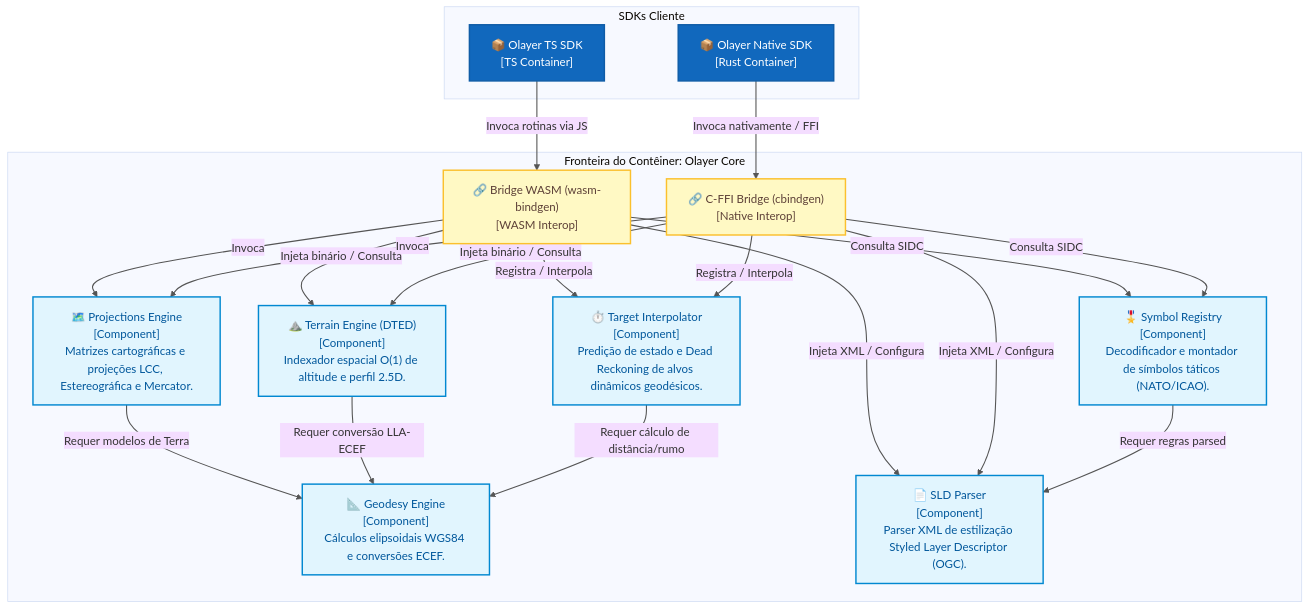
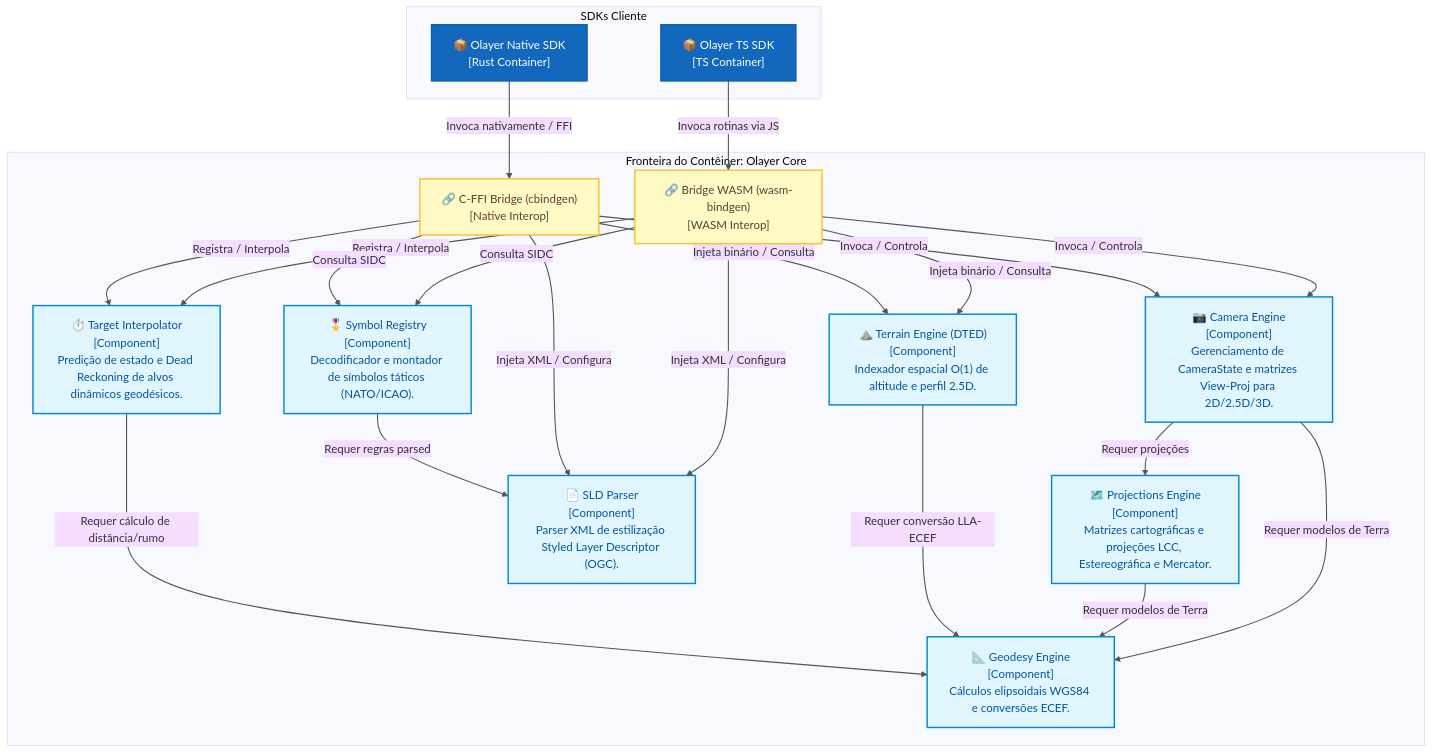
Before and after one commit to rodoni/olayer: the first of 3 diagrams in docs/core/components.md, drawn with Mermaid (base theme). The commit also changed other lines of this file and 25 other files, not shown here.

Commit message:
Add core::camera and sdk::tl

````diff
--- a/docs/core/components.md
+++ b/docs/core/components.md
@@ -12,55 +12,58 @@
 ```mermaid
 graph TB
     %% Estilos de nós do C4
     classDef external fill:#999999,stroke:#888888,color:#ffffff,stroke-width:2px;
     classDef container fill:#1168BD,stroke:#0f5ca7,color:#ffffff,stroke-width:2px;
     classDef component fill:#438DD5,stroke:#3b7cbd,color:#ffffff,stroke-width:2px;
     classDef bridge fill:#FFF9C4,stroke:#FBC02D,color:#5D4037,stroke-width:2px;
     classDef core fill:#E1F5FE,stroke:#0288D1,color:#01579B,stroke-width:2px;
 
     %% Elementos Externos/Outros Contêineres
     subgraph SDK_Layers ["SDKs Cliente"]
         ts_sdk["📦 Olayer TS SDK<br>[TS Container]"]:::container
         native_sdk["📦 Olayer Native SDK<br>[Rust Container]"]:::container
     end
 
     subgraph Olayer_Core_Container ["Fronteira do Contêiner: Olayer Core"]
         %% Interoperabilidade
         wasm_bridge["🔗 Bridge WASM (wasm-bindgen)<br>[WASM Interop]"]:::bridge
         ffi_bridge["🔗 C-FFI Bridge (cbindgen)<br>[Native Interop]"]:::bridge
 
         %% Componentes Internos
         geodesy["📐 Geodesy Engine<br>[Component]<br>Cálculos elipsoidais WGS84 e conversões ECEF."]:::core
+        camera["📷 Camera Engine<br>[Component]<br>Gerenciamento de CameraState e matrizes View-Proj para 2D/2.5D/3D."]:::core
         projections["🗺️ Projections Engine<br>[Component]<br>Matrizes cartográficas e projeções LCC, Estereográfica e Mercator."]:::core
         terrain["⛰️ Terrain Engine (DTED)<br>[Component]<br>Indexador espacial O(1) de altitude e perfil 2.5D."]:::core
         sld_parser["📄 SLD Parser<br>[Component]<br>Parser XML de estilização Styled Layer Descriptor (OGC)."]:::core
         symbol_registry["🎖️ Symbol Registry<br>[Component]<br>Decodificador e montador de símbolos táticos (NATO/ICAO)."]:::core
         interpolator["⏱️ Target Interpolator<br>[Component]<br>Predição de estado e Dead Reckoning de alvos dinâmicos geodésicos."]:::core
     end
 
     %% Relacionamentos de Entrada
     ts_sdk -->|Invoca rotinas via JS| wasm_bridge
     native_sdk -->|Invoca nativamente / FFI| ffi_bridge
 
     %% Conexões da Bridge WASM
-    wasm_bridge -->|Invoca| projections
+    wasm_bridge -->|Invoca / Controla| camera
     wasm_bridge -->|Injeta binário / Consulta| terrain
     wasm_bridge -->|Injeta XML / Configura| sld_parser
     wasm_bridge -->|Consulta SIDC| symbol_registry
     wasm_bridge -->|Registra / Interpola| interpolator
 
     %% Conexões da Bridge FFI
-    ffi_bridge -->|Invoca| projections
+    ffi_bridge -->|Invoca / Controla| camera
     ffi_bridge -->|Injeta binário / Consulta| terrain
     ffi_bridge -->|Injeta XML / Configura| sld_parser
     ffi_bridge -->|Consulta SIDC| symbol_registry
     ffi_bridge -->|Registra / Interpola| interpolator
 
     %% Dependências Internas do Core
+    camera -->|Requer projeções| projections
+    camera -->|Requer modelos de Terra| geodesy
     projections -->|Requer modelos de Terra| geodesy
     terrain -->|Requer conversão LLA-ECEF| geodesy
     interpolator -->|Requer cálculo de distância/rumo| geodesy
     symbol_registry -->|Requer regras parsed| sld_parser
 
-    linkStyle 0,1,2,3,4,5,6,7,8,9,10,11,12,13,14,15 stroke:#555,stroke-width:1.5px;
+    linkStyle 0,1,2,3,4,5,6,7,8,9,10,11,12,13,14,15,16,17 stroke:#555,stroke-width:1.5px;
 ```
````
